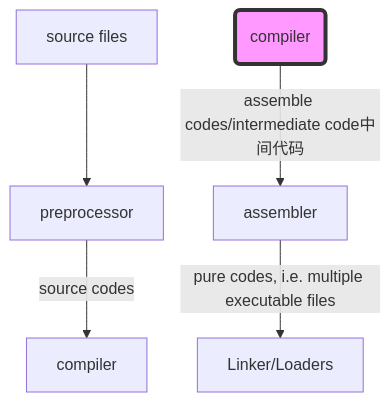
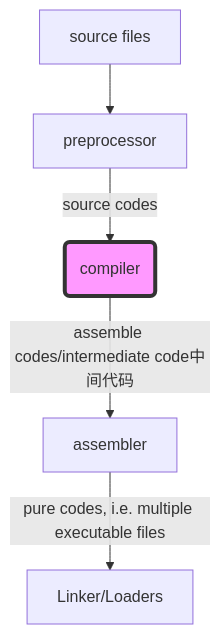
One commit to DCMMC/Notes changed the diagram in 编译原理学习笔记.md. Above: the diagram before and after it, drawn with Mermaid.

Commit message:
修改文件: 编译原理学习笔记.md

````diff
--- a/编译原理学习笔记.md
+++ b/编译原理学习笔记.md
@@ -45,8 +45,8 @@
 ```mermaid!
 graph TD;
 	id[source files] --> preprocessor;
-	preprocessor-- source codes -->compiler;
+	preprocessor-- source codes -->id1(compiler);
 	id1(compiler)-- assemble codes/intermediate code中间代码 -->assembler;
 	assembler-- pure codes, i.e. multiple executable files -->id2[Linker/Loaders];
 	style id1 fill:#f9f,stroke:#333,stroke-width:4px;
 ```
````
